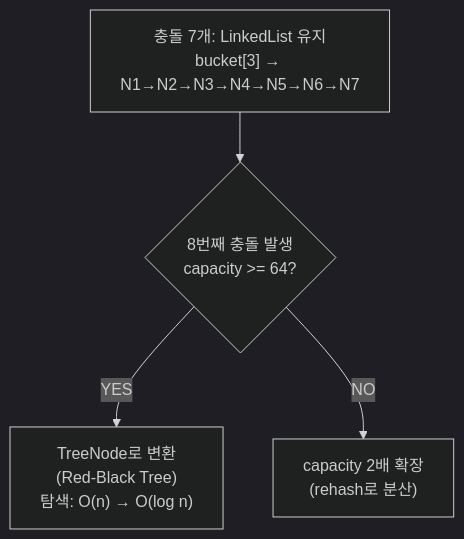
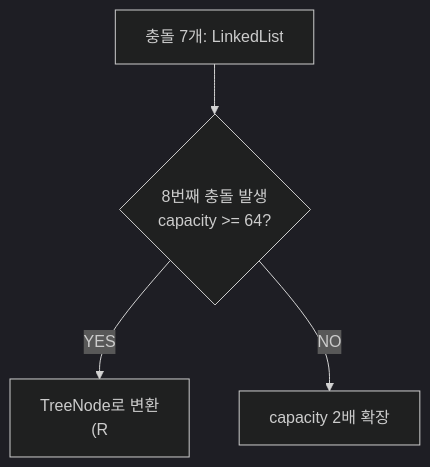
Diagram 12 of 21 in _posts/java/2026-05-01-java-collections.md (yjkim2015/yjkim2015.github.io), drawn with Mermaid (dark theme) before and after one commit. The commit also changed other lines of this file and 271 other files, not shown here.

First line of the commit message:
Mermaid 라벨 축소: 긴 노드 텍스트 18자 이하로 트림 + \n 제거

````diff
--- a/_posts/java/2026-05-01-java-collections.md
+++ b/_posts/java/2026-05-01-java-collections.md
@@ -493,10 +493,10 @@
 ```mermaid
 graph TD
-    A["충돌 7개: LinkedList 유지<br>bucket[3] → N1→N2→N3→N4→N5→N6→N7"]
+    A["충돌 7개: LinkedList"]
     B{"8번째 충돌 발생<br>capacity >= 64?"}
-    C["TreeNode로 변환<br>(Red-Black Tree)<br>탐색: O(n) → O(log n)"]
-    D["capacity 2배 확장<br>(rehash로 분산)"]
+    C["TreeNode로 변환<br>(R"]
+    D["capacity 2배 확장<br>"]
     A --> B
     B -->|YES| C
     B -->|NO| D
 ```
````
